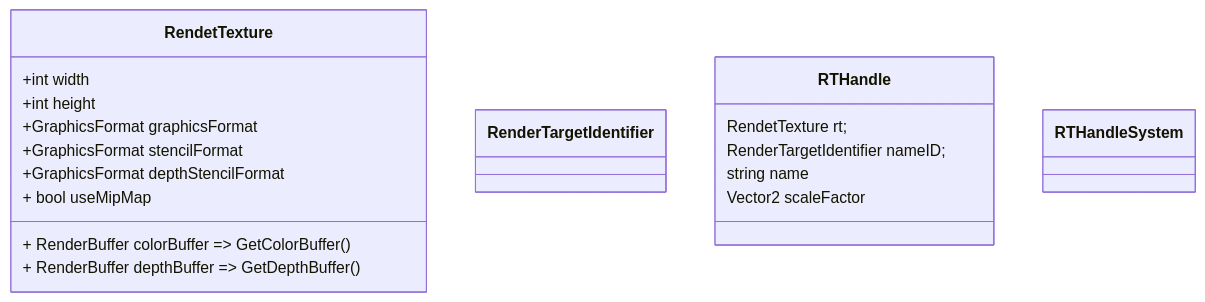
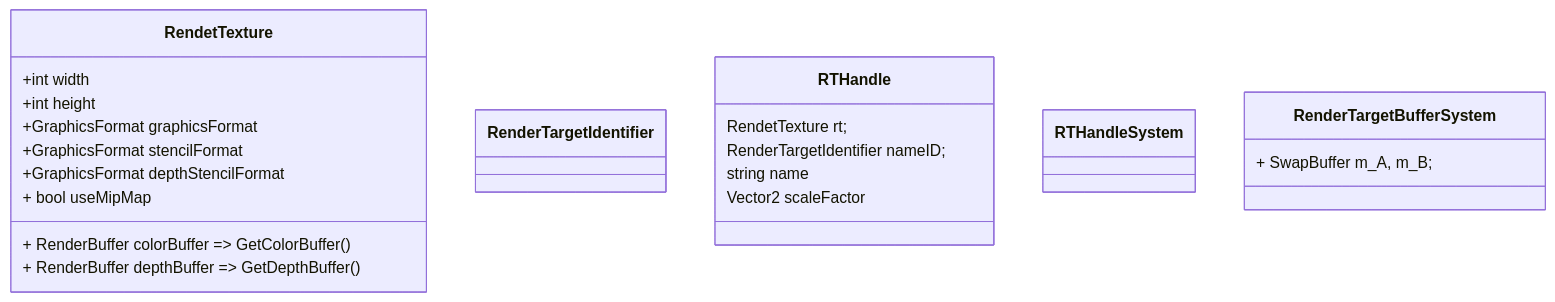
The diagram in document/RT相关.md (sherererlock/URPLearning), drawn with Mermaid before and after one commit. The commit also changed other lines of this file and 23 other files, not shown here.

````diff
--- a/document/RT相关.md
+++ b/document/RT相关.md
@@ -3,30 +3,34 @@
 ```mermaid
 classDiagram
 class RendetTexture {
 	+int width
 	+int height
 	+GraphicsFormat graphicsFormat
 	+GraphicsFormat stencilFormat
 	+GraphicsFormat depthStencilFormat
 	+ bool useMipMap
 	
 	+ RenderBuffer colorBuffer => GetColorBuffer()
 	+ RenderBuffer depthBuffer => GetDepthBuffer()
 }
 
 class RenderTargetIdentifier{
 	
 }
 
 class RTHandle{
 	RendetTexture rt;
 	RenderTargetIdentifier nameID;
 	string name
 	Vector2 scaleFactor
 }
 
 class RTHandleSystem{
 	
 }
 
+class RenderTargetBufferSystem{
+	+ SwapBuffer m_A, m_B;
+}
+
 ```
````
